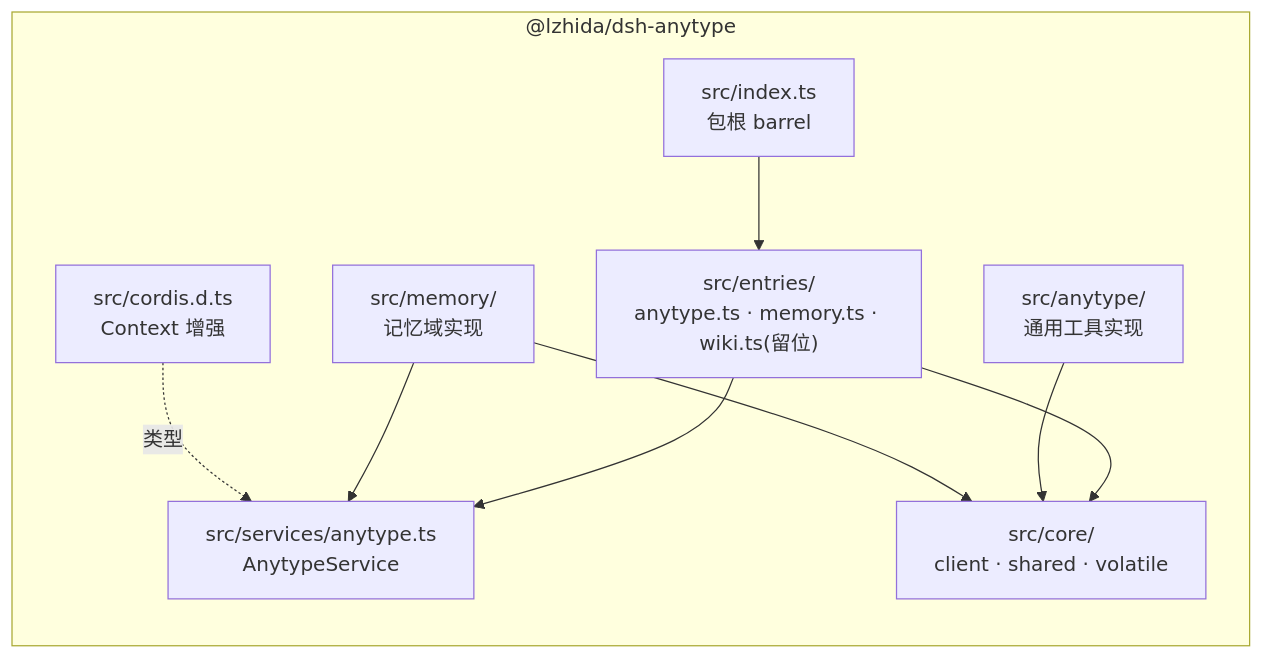
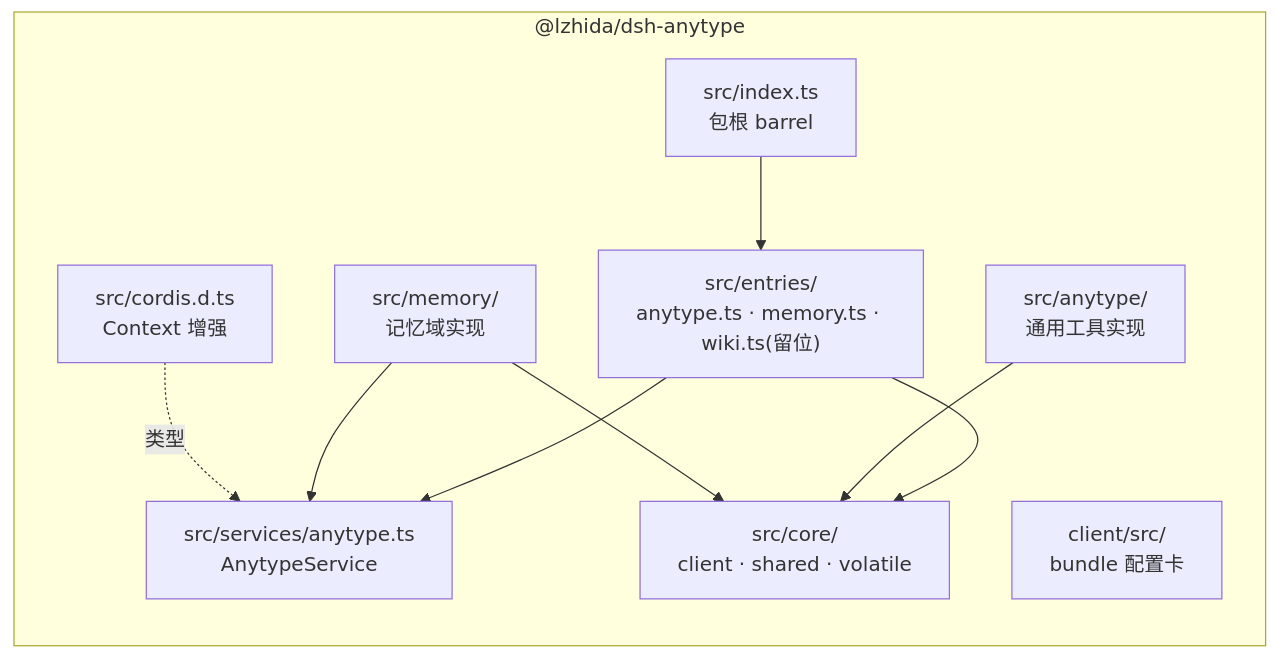
One commit to lzhida/dsh-plugins-workspace changed the second of 2 diagrams in packages/dsh-anytype/docs/bundle-architecture.md. Above: the diagram before and after it, drawn with Mermaid. The commit also changed other lines of this file and 28 other files, not shown here.

First line of the commit message:
feat(dsh-anytype): 新增 bundle 级配置页（client 半区 + 密钥只写）

````diff
--- a/packages/dsh-anytype/docs/bundle-architecture.md
+++ b/packages/dsh-anytype/docs/bundle-architecture.md
@@ -164,19 +173,20 @@
 ```mermaid
 flowchart LR
     subgraph pkg["@lzhida/dsh-anytype"]
         EN["src/entries/<br/>anytype.ts · memory.ts · wiki.ts(留位)"]
         SV["src/services/anytype.ts<br/>AnytypeService"]
         CO["src/core/<br/>client · shared · volatile"]
         AT["src/anytype/<br/>通用工具实现"]
         ME["src/memory/<br/>记忆域实现"]
         CD["src/cordis.d.ts<br/>Context 增强"]
         RT["src/index.ts<br/>包根 barrel"]
+        CL["client/src/<br/>bundle 配置卡"]
     end
     EN --> SV
     EN --> CO
     AT --> CO
     ME --> CO
     ME --> SV
     CD -.类型.-> SV
     RT --> EN
 ```
````
